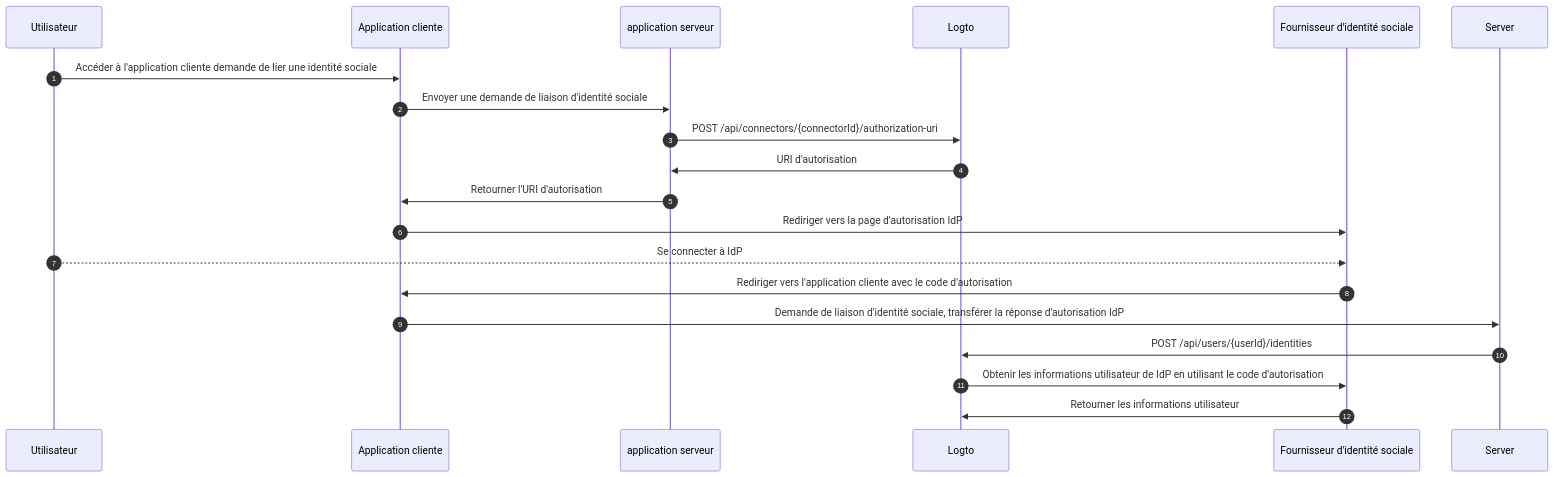
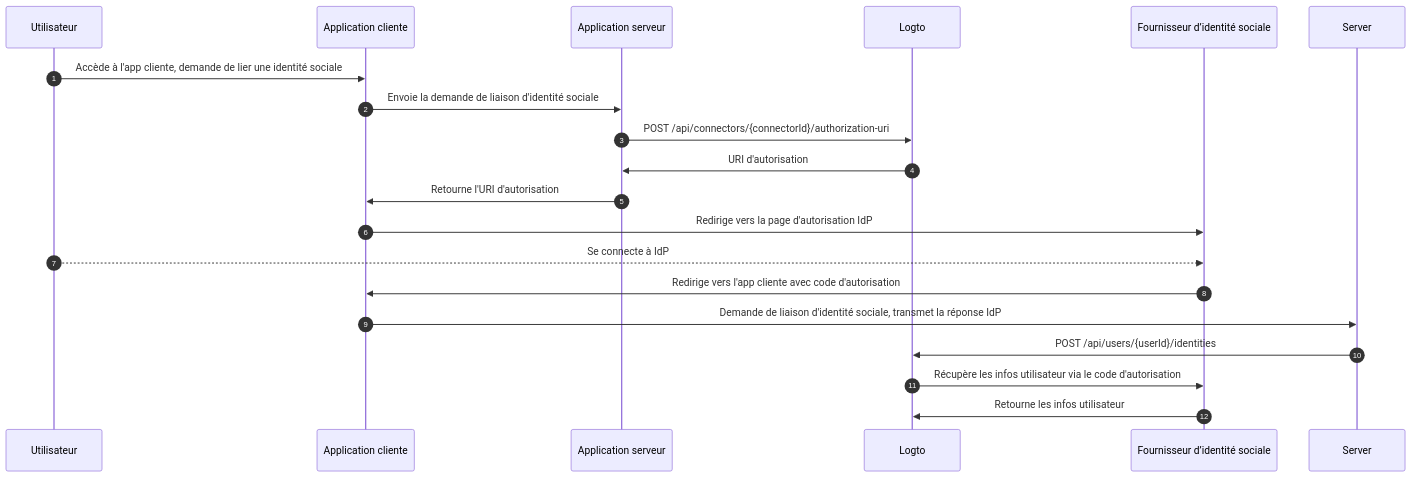
The third of 3 diagrams in i18n/fr/docusaurus-plugin-content-docs/current/end-user-flows/account-settings/by-management-api.mdx (logto-io/docs), drawn with Mermaid before and after one commit. The commit also changed other lines of this file and 137 other files, not shown here.

````diff
--- a/i18n/fr/docusaurus-plugin-content-docs/current/end-user-flows/account-settings/by-management-api.mdx
+++ b/i18n/fr/docusaurus-plugin-content-docs/current/end-user-flows/account-settings/by-management-api.mdx
@@ -120,22 +120,22 @@
 ```mermaid
 sequenceDiagram
     autoNumber
     participant User as Utilisateur
     participant Client as Application cliente
-    participant App as application serveur
+    participant App as Application serveur
     participant Logto as Logto
-    participant IdP as Fournisseur d'identité sociale
+    participant IdP as Fournisseur d’identité sociale
 
-    User ->> Client: Accéder à l'application cliente demande de lier une identité sociale
-    Client ->> App: Envoyer une demande de liaison d'identité sociale
+    User ->> Client: Accède à l'app cliente, demande de lier une identité sociale
+    Client ->> App: Envoie la demande de liaison d'identité sociale
     App ->> Logto: POST /api/connectors/{connectorId}/authorization-uri
     Logto ->> App: URI d'autorisation
-    App ->> Client: Retourner l'URI d'autorisation
-    Client ->> IdP: Rediriger vers la page d'autorisation IdP
-    User -->> IdP: Se connecter à IdP
-    IdP ->> Client: Rediriger vers l'application cliente avec le code d'autorisation
-    Client ->> Server: Demande de liaison d'identité sociale, transférer la réponse d'autorisation IdP
+    App ->> Client: Retourne l'URI d'autorisation
+    Client ->> IdP: Redirige vers la page d'autorisation IdP
+    User -->> IdP: Se connecte à IdP
+    IdP ->> Client: Redirige vers l'app cliente avec code d'autorisation
+    Client ->> Server: Demande de liaison d'identité sociale, transmet la réponse IdP
     Server ->> Logto: POST /api/users/{userId}/identities
-    Logto ->> IdP: Obtenir les informations utilisateur de IdP en utilisant le code d'autorisation
-    IdP ->> Logto: Retourner les informations utilisateur
+    Logto ->> IdP: Récupère les infos utilisateur via le code d'autorisation
+    IdP ->> Logto: Retourne les infos utilisateur
 ```
````
